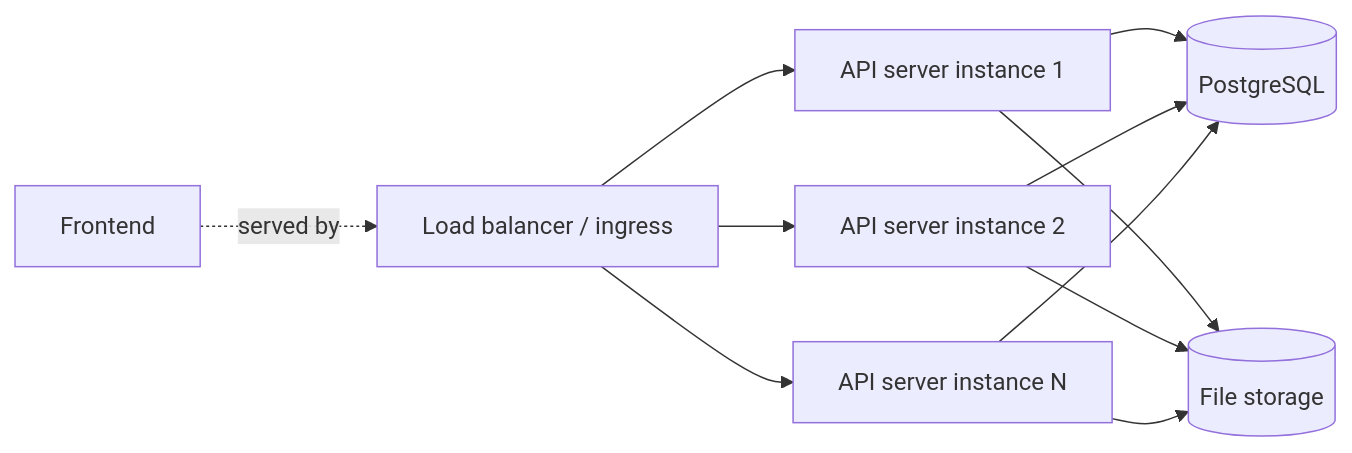
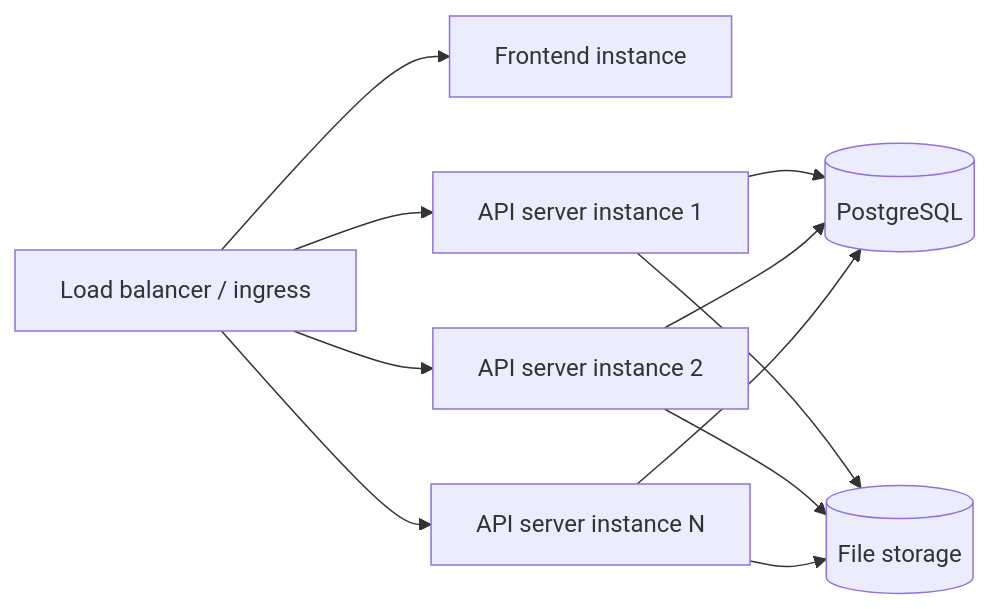
Before and after one commit to DependencyTrack/docs: the diagram in docs/concepts/architecture/deployment.md, drawn with Mermaid. The commit also changed other lines of this file and 1 other file, not shown here.

````diff
--- a/docs/concepts/architecture/deployment.md
+++ b/docs/concepts/architecture/deployment.md
@@ -13,16 +12,15 @@
 ```mermaid
 flowchart LR
-    LB[Load balancer / ingress] --> A[API server instance 1]
+    LB[Load balancer / ingress] --> FE[Frontend instance]
+    LB --> A[API server instance 1]
     LB --> B[API server instance 2]
     LB --> N[API server instance N]
 
     A --> P[(PostgreSQL)]
     B --> P
     N --> P
 
     A --> F[(File storage)]
     B --> F
     N --> F
-
-    FE[Frontend] -.served by.-> LB
 ```
````
